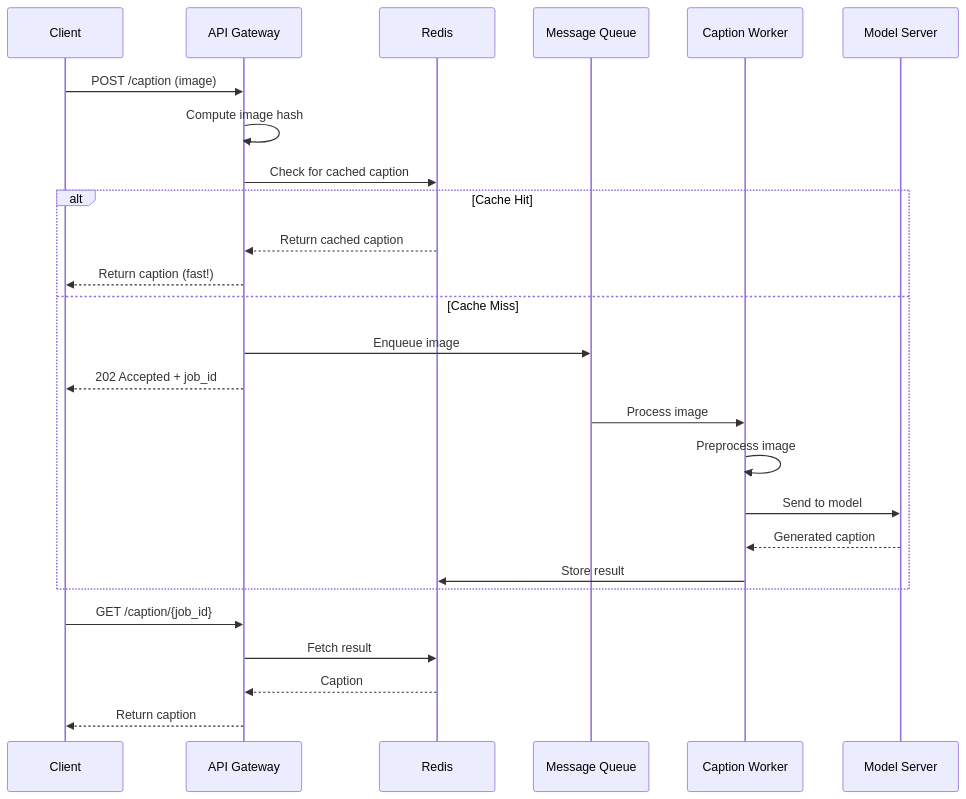
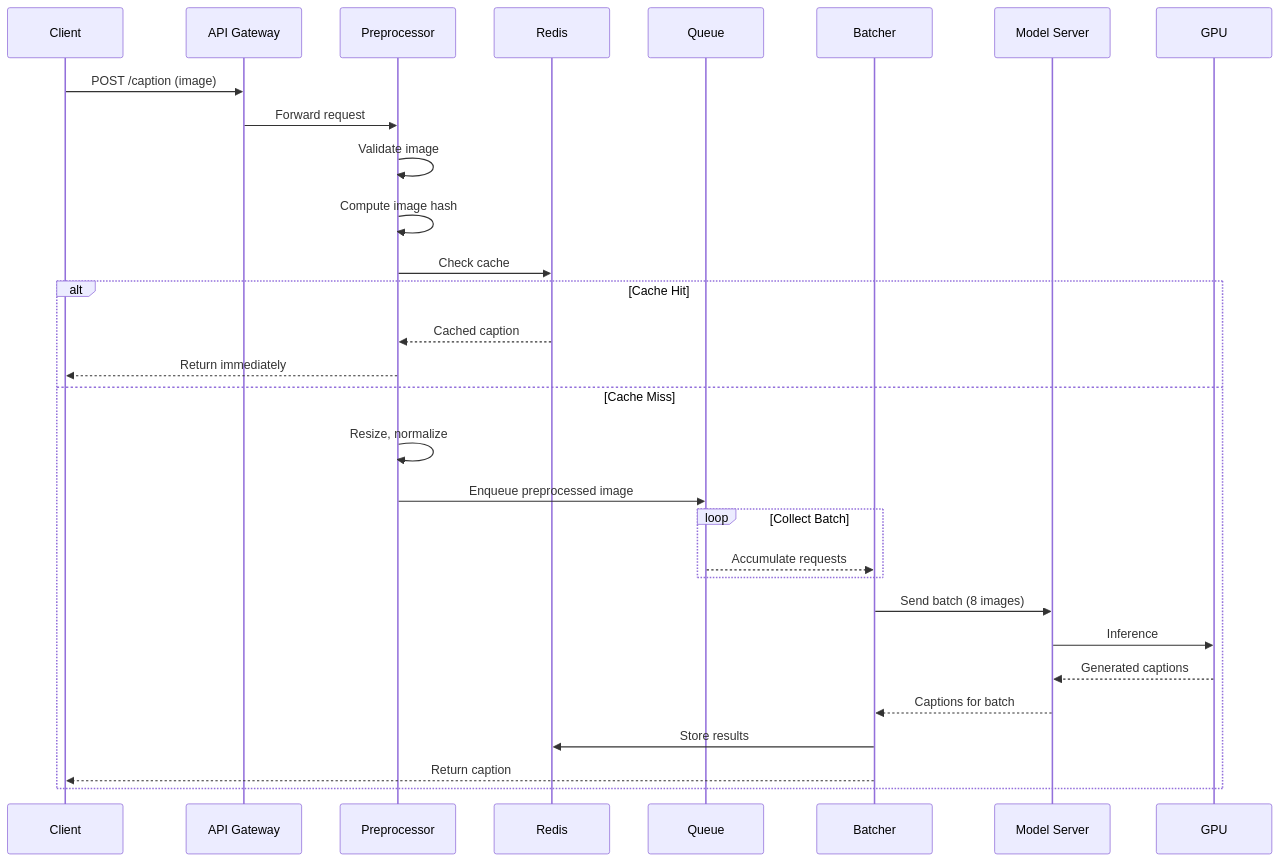
Before and after one commit to spawn08/system-design-interview: the third of 6 diagrams in ml_system_design/image_caption_generator.md, drawn with Mermaid. The commit also changed other lines of this file and 2 other files, not shown here.

Commit message:
Revise image caption generator documentation to enhance clarity and detail. Update examples, real-world applications, and system design considerations. Improve structure and readability, ensuring comprehensive coverage of key concepts in image captioning systems.

````diff
--- a/ml_system_design/image_caption_generator.md
+++ b/ml_system_design/image_caption_generator.md
@@ -185,32 +305,38 @@
 ```mermaid
 sequenceDiagram
     participant Client
     participant API as API Gateway
+    participant Pre as Preprocessor
     participant Cache as Redis
-    participant Queue as Message Queue
-    participant Worker as Caption Worker
+    participant Queue
+    participant Batcher
     participant Model as Model Server
+    participant GPU
     
     Client->>API: POST /caption (image)
-    API->>API: Compute image hash
-    API->>Cache: Check for cached caption
+    API->>Pre: Forward request
+    
+    Pre->>Pre: Validate image
+    Pre->>Pre: Compute image hash
+    Pre->>Cache: Check cache
     
     alt Cache Hit
-        Cache-->>API: Return cached caption
-        API-->>Client: Return caption (fast!)
+        Cache-->>Pre: Cached caption
+        Pre-->>Client: Return immediately
     else Cache Miss
-        API->>Queue: Enqueue image
-        API-->>Client: 202 Accepted + job_id
+        Pre->>Pre: Resize, normalize
+        Pre->>Queue: Enqueue preprocessed image
         
-        Queue->>Worker: Process image
-        Worker->>Worker: Preprocess image
-        Worker->>Model: Send to model
-        Model-->>Worker: Generated caption
-        Worker->>Cache: Store result
+        loop Collect Batch
+            Queue-->>Batcher: Accumulate requests
+        end
+        
+        Batcher->>Model: Send batch (8 images)
+        Model->>GPU: Inference
+        GPU-->>Model: Generated captions
+        Model-->>Batcher: Captions for batch
+        
+        Batcher->>Cache: Store results
+        Batcher-->>Client: Return caption
     end
-    
-    Client->>API: GET /caption/{job_id}
-    API->>Cache: Fetch result
-    Cache-->>API: Caption
-    API-->>Client: Return caption
 ```
````
